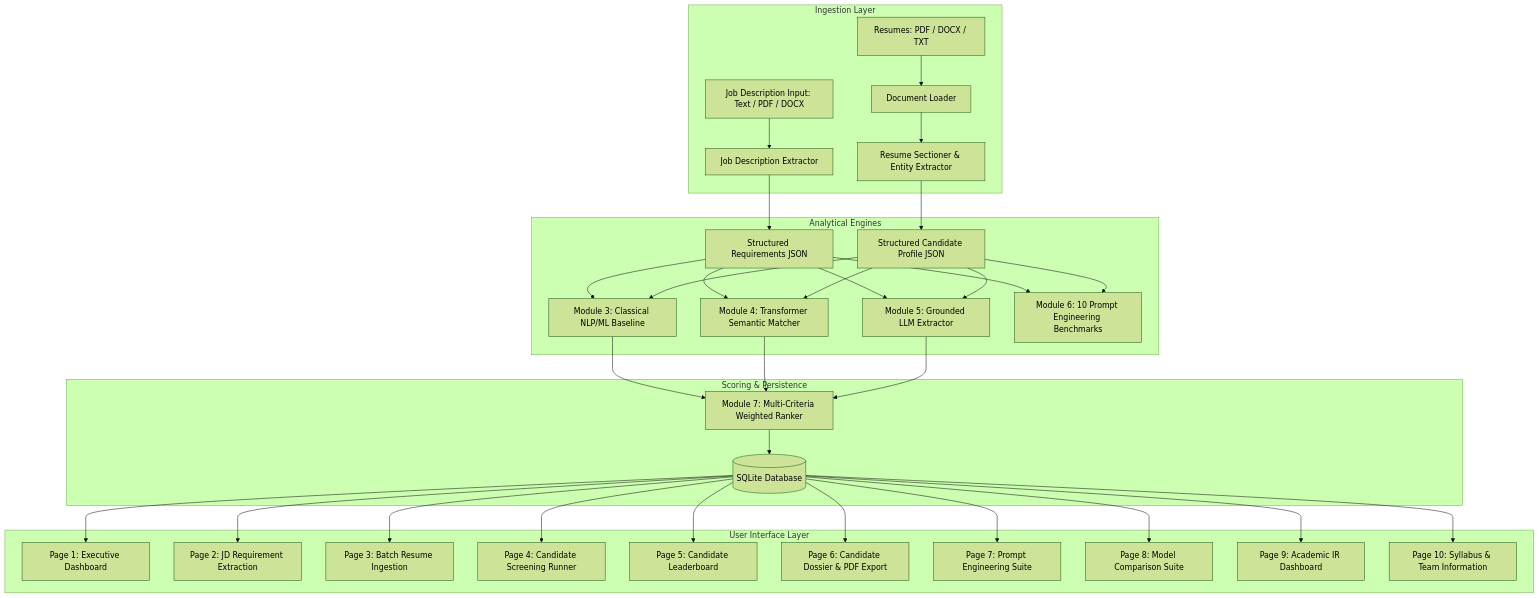
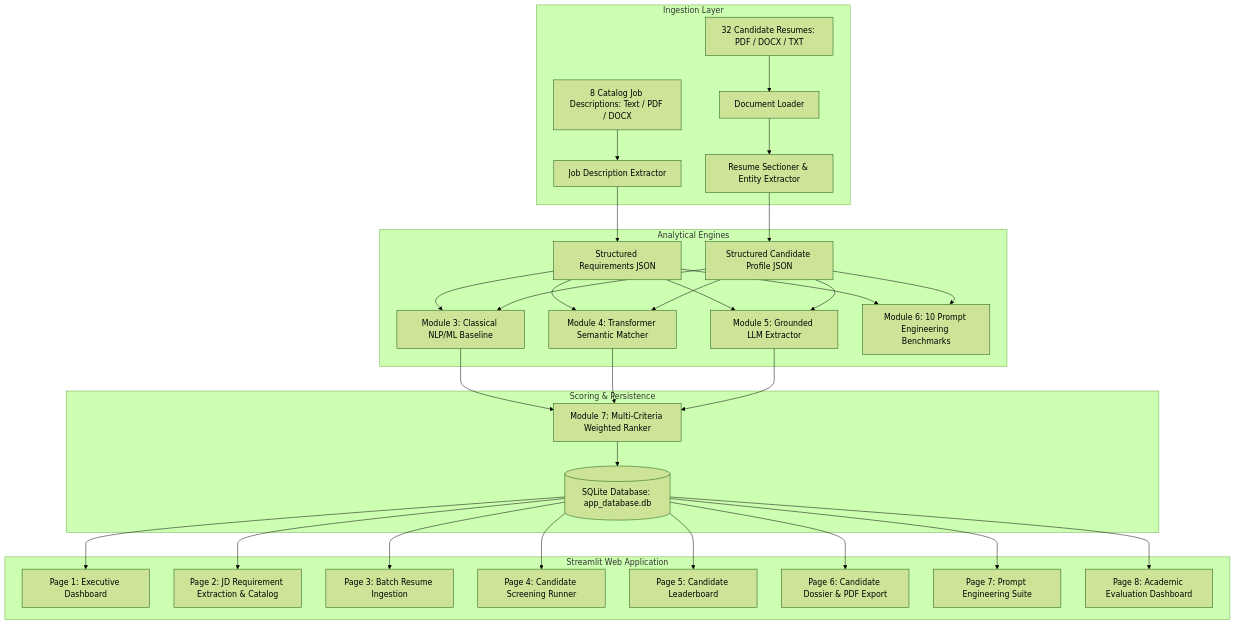
One commit to anantha-bit/AI-Based-Resume-Screening-and-Candidate-Ranking changed the diagram in README.md. Above: the diagram before and after it, drawn with Mermaid (forest theme). The commit also changed other lines of this file and 36 other files, not shown here.

Commit message:
Enhance: Expand catalog to 8 JDs and 32 resumes, fix catalog switching, streamline navigation to 8 core pages

````diff
--- a/README.md
+++ b/README.md
@@ -66,36 +66,34 @@
 ```mermaid
 graph TD
     subgraph Ingestion Layer
-        JD_Input[Job Description Input: Text / PDF / DOCX] --> JDExtract[Job Description Extractor]
-        Resume_Files[Resumes: PDF / DOCX / TXT] --> DocLoader[Document Loader]
+        JD_In[8 Catalog Job Descriptions: Text / PDF / DOCX] --> JDExtract[Job Description Extractor]
+        Resume_In[32 Candidate Resumes: PDF / DOCX / TXT] --> DocLoader[Document Loader]
         DocLoader --> ResExtract[Resume Sectioner & Entity Extractor]
     end
 
     subgraph Analytical Engines
         JDExtract --> JD_JSON[Structured Requirements JSON]
         ResExtract --> Res_JSON[Structured Candidate Profile JSON]
         
         JD_JSON & Res_JSON --> Baseline[Module 3: Classical NLP/ML Baseline]
         JD_JSON & Res_JSON --> Semantic[Module 4: Transformer Semantic Matcher]
         JD_JSON & Res_JSON --> LLM_Engine[Module 5: Grounded LLM Extractor]
         JD_JSON & Res_JSON --> Prompt_Exp[Module 6: 10 Prompt Engineering Benchmarks]
     end
 
     subgraph Scoring & Persistence
         Baseline & Semantic & LLM_Engine --> Ranker[Module 7: Multi-Criteria Weighted Ranker]
-        Ranker --> DB[(SQLite Database)]
+        Ranker --> DB[(SQLite Database: app_database.db)]
     end
 
-    subgraph User Interface Layer
+    subgraph Streamlit Web Application
         DB --> UI_Dash[Page 1: Executive Dashboard]
-        DB --> UI_JD[Page 2: JD Requirement Extraction]
+        DB --> UI_JD[Page 2: JD Requirement Extraction & Catalog]
         DB --> UI_Upload[Page 3: Batch Resume Ingestion]
         DB --> UI_Screen[Page 4: Candidate Screening Runner]
         DB --> UI_Rank[Page 5: Candidate Leaderboard]
         DB --> UI_Dossier[Page 6: Candidate Dossier & PDF Export]
         DB --> UI_Prompt[Page 7: Prompt Engineering Suite]
-        DB --> UI_Comp[Page 8: Model Comparison Suite]
-        DB --> UI_Eval[Page 9: Academic IR Dashboard]
-        DB --> UI_About[Page 10: Syllabus & Team Information]
+        DB --> UI_Eval[Page 8: Academic Evaluation Dashboard]
     end
 ```
````
